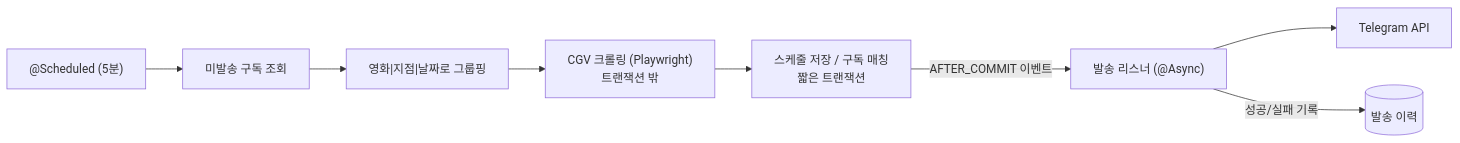
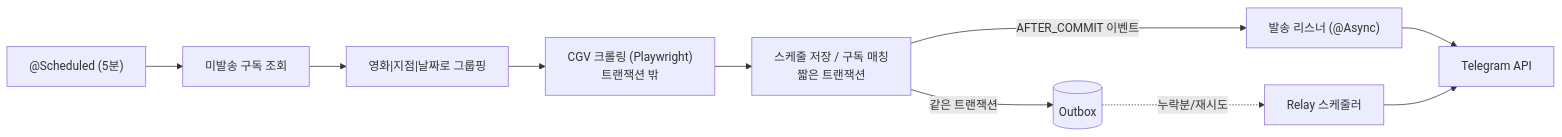
The diagram in README.md (CHUNYOUNGSANG/movie), drawn with Mermaid before and after one commit. The commit also changed other lines of this file, not shown here.

Commit message:
docs: README에 Outbox와 재시도 정책 개선 내용 추가

````diff
--- a/README.md
+++ b/README.md
@@ -28,10 +28,12 @@
 ```mermaid
 flowchart LR
     S["@Scheduled (5분)"] --> P[미발송 구독 조회]
     P --> G["영화|지점|날짜로 그룹핑"]
     G --> C["CGV 크롤링 (Playwright)<br/>트랜잭션 밖"]
     C --> D["스케줄 저장 / 구독 매칭<br/>짧은 트랜잭션"]
+    D -- 같은 트랜잭션 --> O[(Outbox)]
     D -- AFTER_COMMIT 이벤트 --> L["발송 리스너 (@Async)"]
+    O -. 누락분/재시도 .-> R["Relay 스케줄러"]
     L --> T[Telegram API]
-    L -- 성공/실패 기록 --> H[(발송 이력)]
+    R --> T
 ```
````
